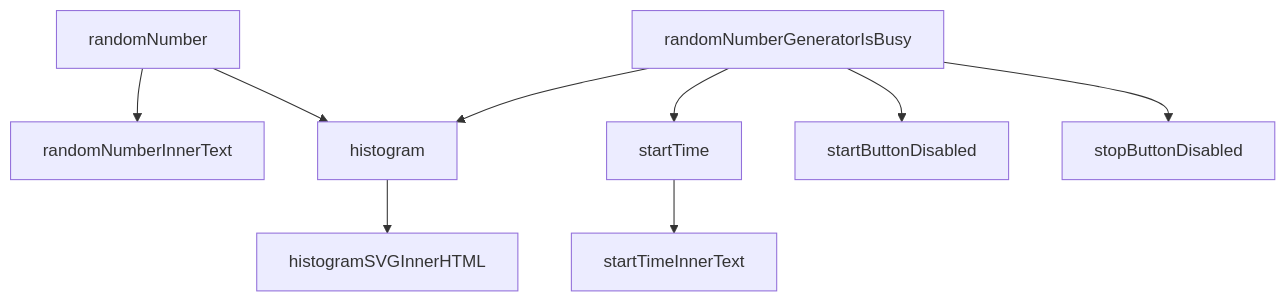
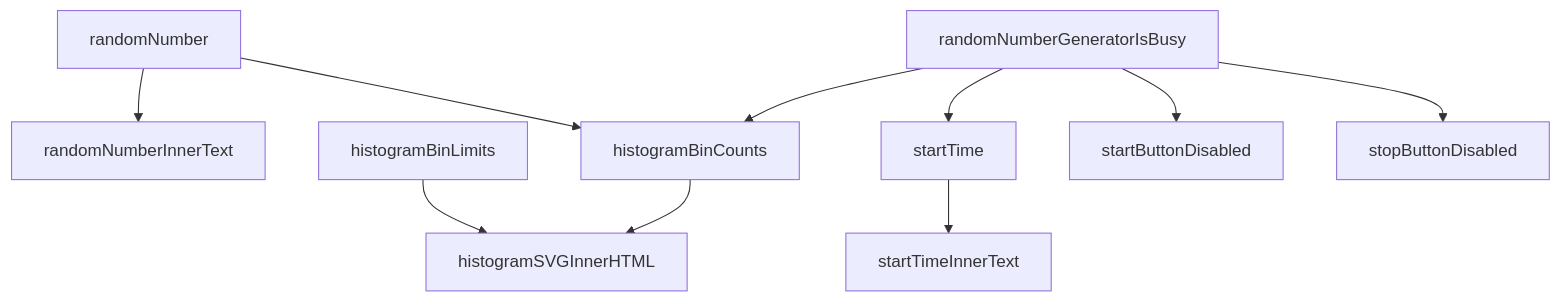
Before and after one commit to KaoruTaketani/DAQ-JS: the diagram in README.md, drawn with Mermaid. The commit also changed 6 other files, not shown here.

````diff
--- a/README.md
+++ b/README.md
@@ -114,16 +114,17 @@
 ```mermaid
 graph TD;
-    histogram-->histogramSVGInnerHTML;
+    histogramBinCounts-->histogramSVGInnerHTML;
+    histogramBinLimits-->histogramSVGInnerHTML;
     %%httpServer-->elementValues;
     %%httpServer-->webSocketPathnames;
-    randomNumberGeneratorIsBusy-->histogram;
+    randomNumberGeneratorIsBusy-->histogramBinCounts;
     randomNumber-->randomNumberInnerText;
-    randomNumber-->histogram;
+    randomNumber-->histogramBinCounts;
     %%randomNumber-->timeSeries;
     %%randomNumberGeneratorIsBusy-->timeSeries;
     randomNumberGeneratorIsBusy-->startTime;
     randomNumberGeneratorIsBusy-->startButtonDisabled;
     randomNumberGeneratorIsBusy-->stopButtonDisabled;
     startTime-->startTimeInnerText;
     %%timeSeries-->timeSeriesSVGInnerHTML;
 ```
````
